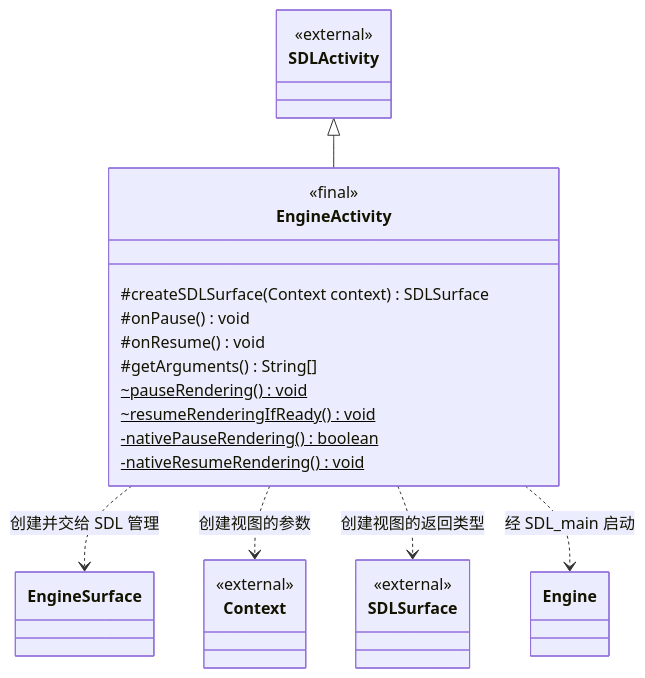
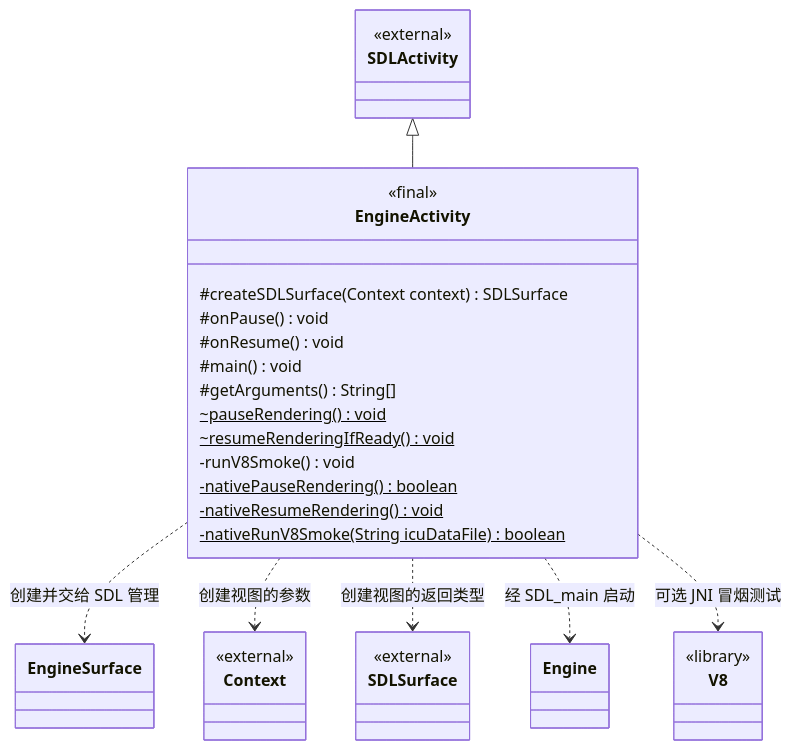
Before and after one commit to lcals/Engine: the first of 2 diagrams in docs/class-diagrams/android-host.md, drawn with Mermaid. The commit also changed other lines of this file and 22 other files, not shown here.

````diff
--- a/docs/class-diagrams/android-host.md
+++ b/docs/class-diagrams/android-host.md
@@ -12,31 +12,38 @@
 ```mermaid
 classDiagram
     direction TB
     class EngineActivity {
         <<final>>
         #createSDLSurface(Context context) SDLSurface
         #onPause() void
         #onResume() void
+        #main() void
         #getArguments() String[]
         ~pauseRendering() void$
         ~resumeRenderingIfReady() void$
+        -runV8Smoke() void
         -nativePauseRendering() boolean$
         -nativeResumeRendering() void$
+        -nativeRunV8Smoke(String icuDataFile) boolean$
     }
     class SDLActivity {
         <<external>>
     }
     class SDLSurface {
         <<external>>
     }
     class Context {
         <<external>>
     }
     class EngineSurface
     class Engine
+    class V8 {
+        <<library>>
+    }
     SDLActivity <|-- EngineActivity
     EngineActivity ..> EngineSurface : 创建并交给 SDL 管理
     EngineActivity ..> Context : 创建视图的参数
     EngineActivity ..> SDLSurface : 创建视图的返回类型
     EngineActivity ..> Engine : 经 SDL_main 启动
+    EngineActivity ..> V8 : 可选 JNI 冒烟测试
 ```
````
